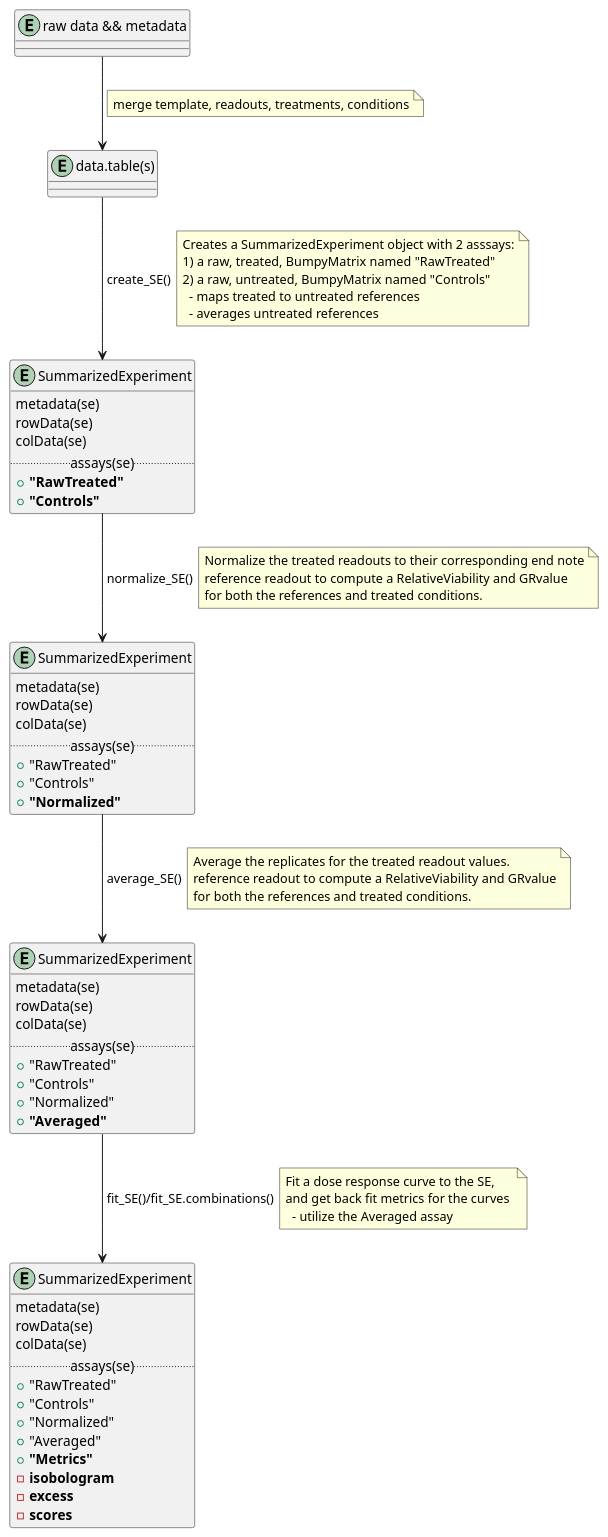
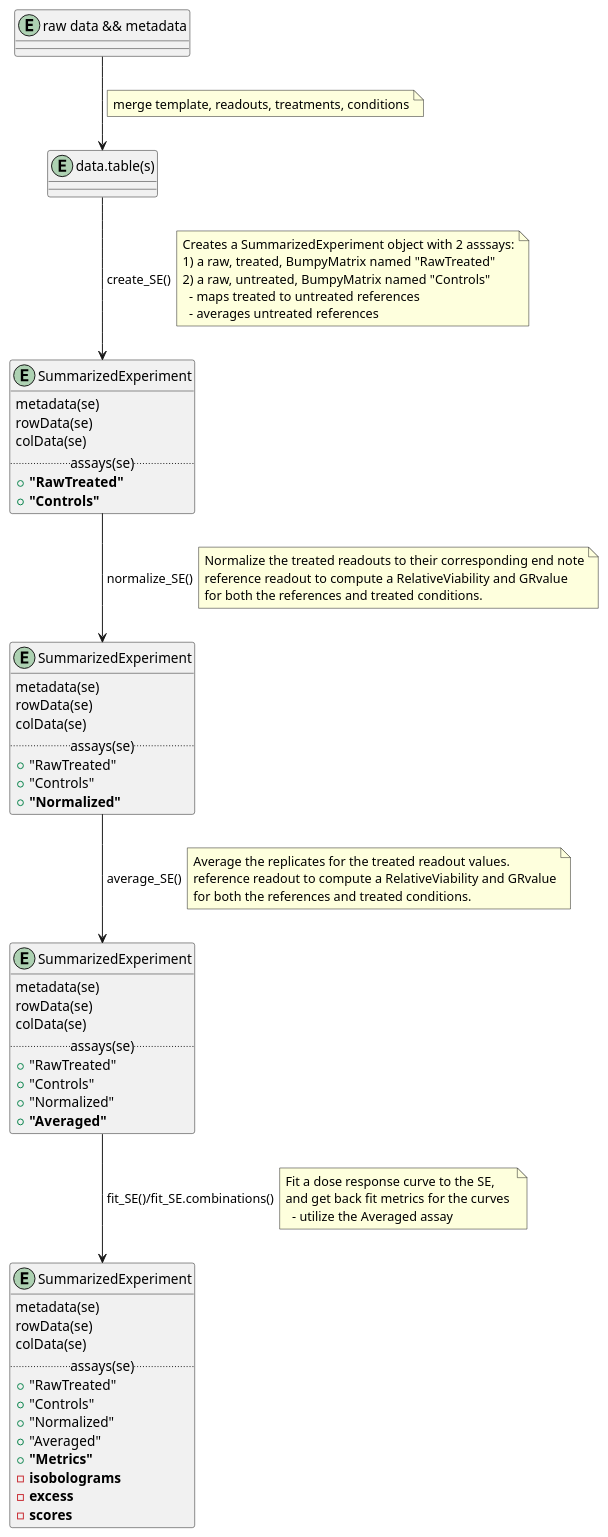
Before and after one commit to gdrplatform/gDRcore: the diagram in inst/umls/pipeline.puml, drawn with PlantUML. The commit also changed 3 other files, not shown here.

```diff
--- a/inst/umls/pipeline.puml
+++ b/inst/umls/pipeline.puml
@@ -1,86 +1,86 @@
 @startuml
 set namespaceSeparator none
 skinparam linetype polyline
 skinparam backgroundcolor transparent
 
 Entity "raw data && metadata" as RD {}
 
 Entity "data.table(s)" as DF {}
 
 Entity "SummarizedExperiment" as SE {
  metadata(se)
  rowData(se)
  colData(se)
  .. assays(se) ..
  + **"RawTreated"**
  + **"Controls"** 
 }
 
 Entity "SummarizedExperiment" as SE2 {
  metadata(se)
  rowData(se)
  colData(se)
  .. assays(se) ..
  + "RawTreated"
  + "Controls" 
  + **"Normalized"**
 }
 
 Entity "SummarizedExperiment" as SE3 {
  metadata(se)
  rowData(se)
  colData(se)
  .. assays(se) ..
  + "RawTreated"
  + "Controls" 
  + "Normalized"
  + **"Averaged"**
 }
 
 Entity "SummarizedExperiment" as SE4 {
  metadata(se)
  rowData(se)
  colData(se)
  .. assays(se) ..
  + "RawTreated"
  + "Controls" 
  + "Normalized"
  + "Averaged"
  + **"Metrics"**
- - **isobologram**
+ - **isobolograms**
  - **excess**
  - **scores**
 }
 
 RD --> DF
 note right on link
 merge template, readouts, treatments, conditions
 end note
 DF --> SE: " create_SE()"
 note right on link
 Creates a SummarizedExperiment object with 2 asssays:
 1) a raw, treated, BumpyMatrix named "RawTreated"
 2) a raw, untreated, BumpyMatrix named "Controls"
   - maps treated to untreated references
   - averages untreated references
 end note
 SE --> SE2: " normalize_SE()"
 note right on link
 Normalize the treated readouts to their corresponding end note
 reference readout to compute a RelativeViability and GRvalue
 for both the references and treated conditions.
 end note
 SE2 --> SE3: " average_SE()"
 note right on link
 Average the replicates for the treated readout values.
 reference readout to compute a RelativeViability and GRvalue
 for both the references and treated conditions. 
 end note
 SE3 --> SE4: " fit_SE()/fit_SE.combinations()"
 note right on link
 Fit a dose response curve to the SE,
 and get back fit metrics for the curves 
   - utilize the Averaged assay
 end note
 
 @enduml
```
